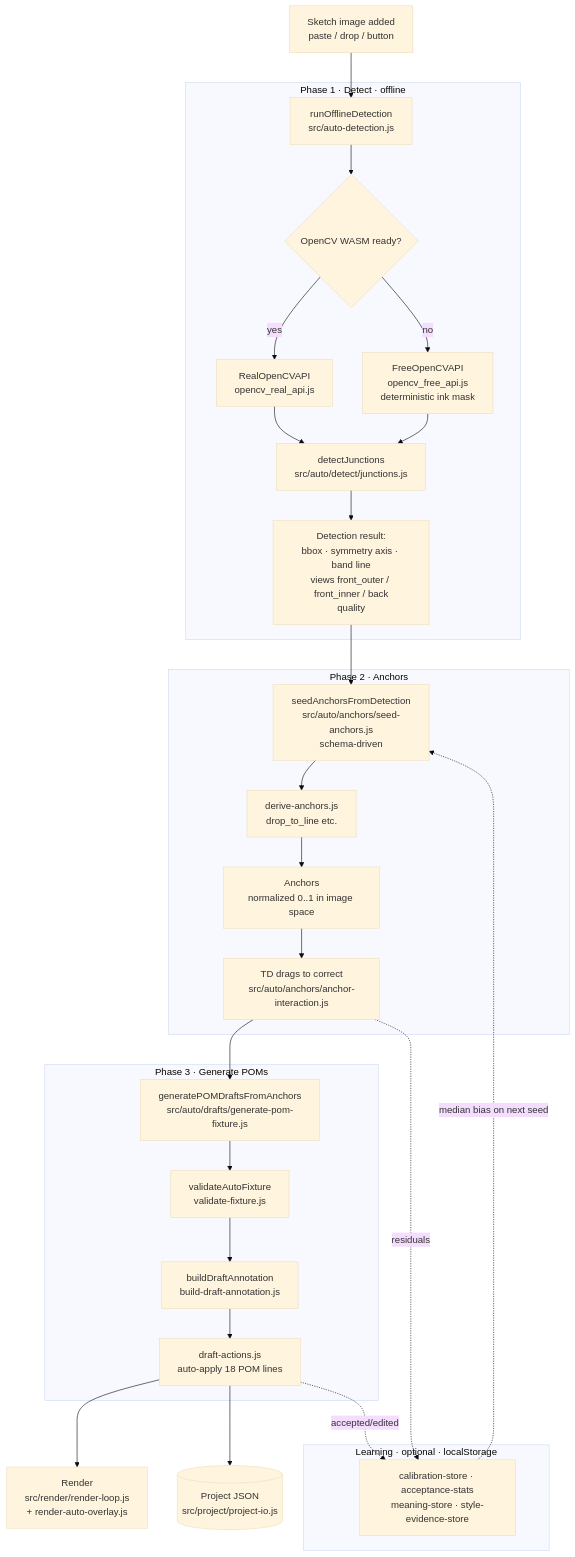
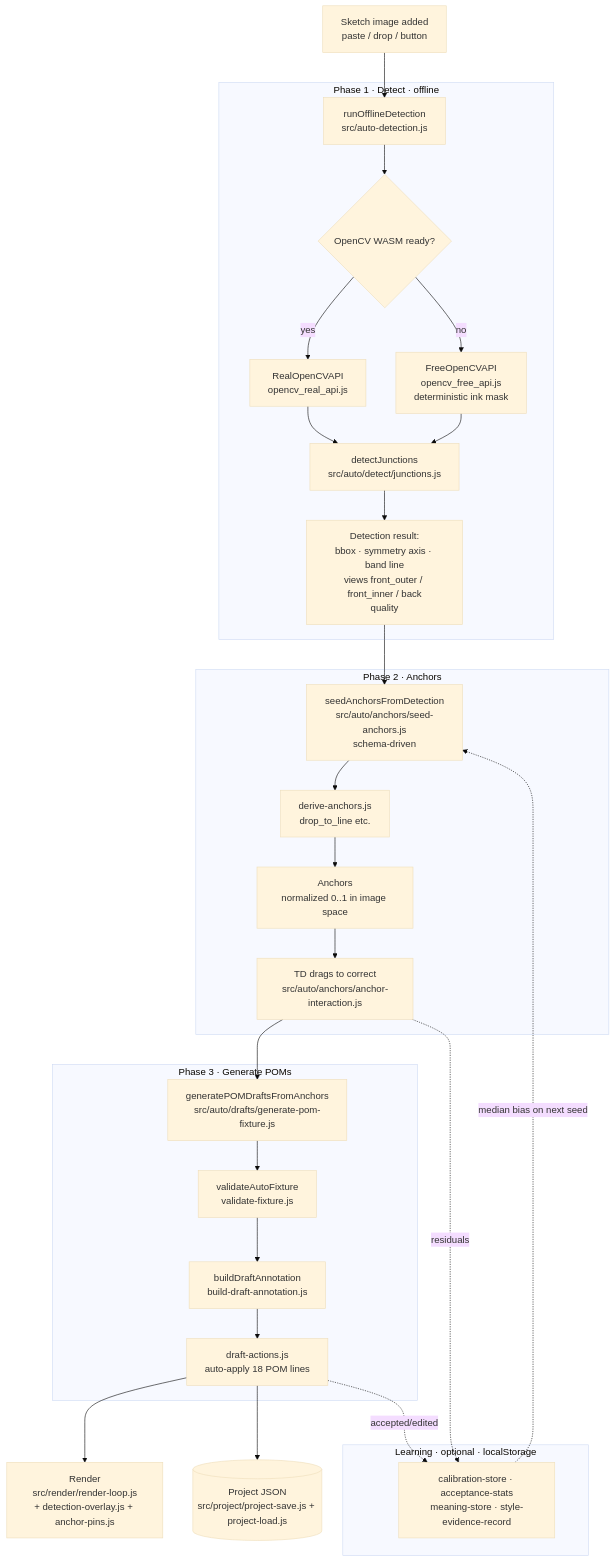
Before and after one commit to Adrian9596/Auto-POMs: the diagram in ARCHITECTURE.md, drawn with Mermaid (base theme). The commit also changed other lines of this file and 11 other files, not shown here.

````diff
--- a/ARCHITECTURE.md
+++ b/ARCHITECTURE.md
@@ -41,39 +41,39 @@
 ```mermaid
 flowchart TD
     IMG[Sketch image added\npaste / drop / button] --> DET
 
     subgraph P1[Phase 1 · Detect · offline]
         DET[runOfflineDetection\nsrc/auto-detection.js] --> CV{OpenCV WASM ready?}
         CV -- yes --> REAL[RealOpenCVAPI\nopencv_real_api.js]
         CV -- no --> FREE[FreeOpenCVAPI\nopencv_free_api.js\ndeterministic ink mask]
         REAL --> JUNC[detectJunctions\nsrc/auto/detect/junctions.js]
         FREE --> JUNC
         JUNC --> DRES[Detection result:\nbbox · symmetry axis · band line\nviews front_outer / front_inner / back\nquality]
     end
 
     DRES --> SEED
 
     subgraph P2[Phase 2 · Anchors]
         SEED[seedAnchorsFromDetection\nsrc/auto/anchors/seed-anchors.js\nschema-driven] --> DERIVE[derive-anchors.js\ndrop_to_line etc.]
         DERIVE --> ANCH[Anchors\nnormalized 0..1 in image space]
         ANCH --> DRAG[TD drags to correct\nsrc/auto/anchors/anchor-interaction.js]
     end
 
     DRAG --> GEN
 
     subgraph P3[Phase 3 · Generate POMs]
         GEN[generatePOMDraftsFromAnchors\nsrc/auto/drafts/generate-pom-fixture.js] --> VAL[validateAutoFixture\nvalidate-fixture.js]
         VAL --> BUILD[buildDraftAnnotation\nbuild-draft-annotation.js]
         BUILD --> APPLY[draft-actions.js\nauto-apply 18 POM lines]
     end
 
-    APPLY --> RENDER[Render\nsrc/render/render-loop.js\n+ render-auto-overlay.js]
-    APPLY --> SAVE[(Project JSON\nsrc/project/project-io.js)]
+    APPLY --> RENDER[Render\nsrc/render/render-loop.js\n+ detection-overlay.js + anchor-pins.js]
+    APPLY --> SAVE[(Project JSON\nsrc/project/project-save.js + project-load.js)]
 
     DRAG -. residuals .-> LEARN
     APPLY -. accepted/edited .-> LEARN
     subgraph L[Learning · optional · localStorage]
-        LEARN[calibration-store · acceptance-stats\nmeaning-store · style-evidence-store]
+        LEARN[calibration-store · acceptance-stats\nmeaning-store · style-evidence-record]
     end
     LEARN -. median bias on next seed .-> SEED
 ```
````
